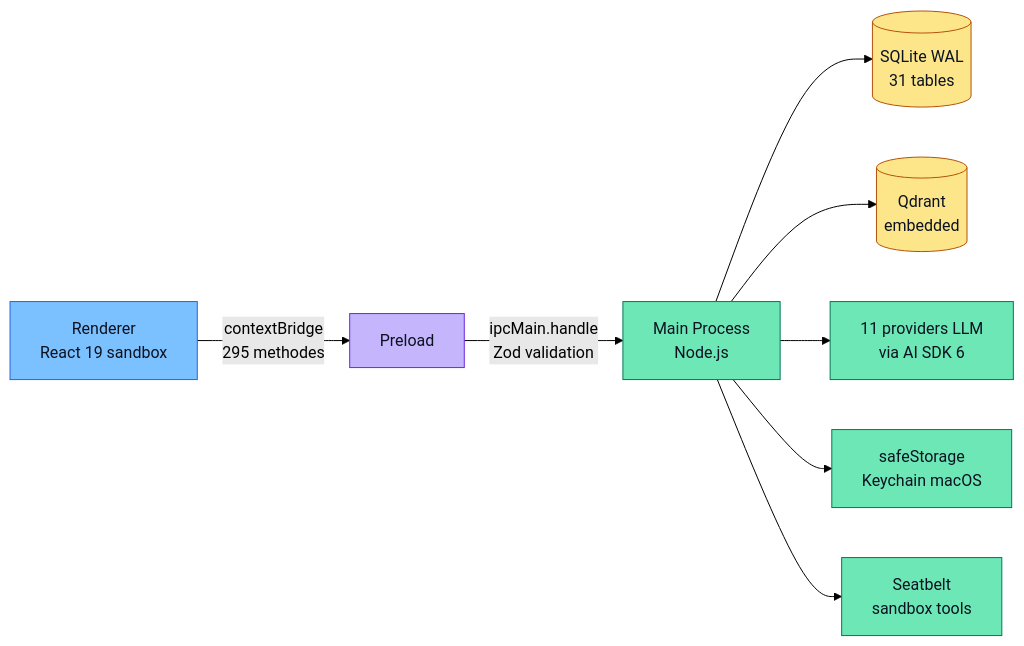
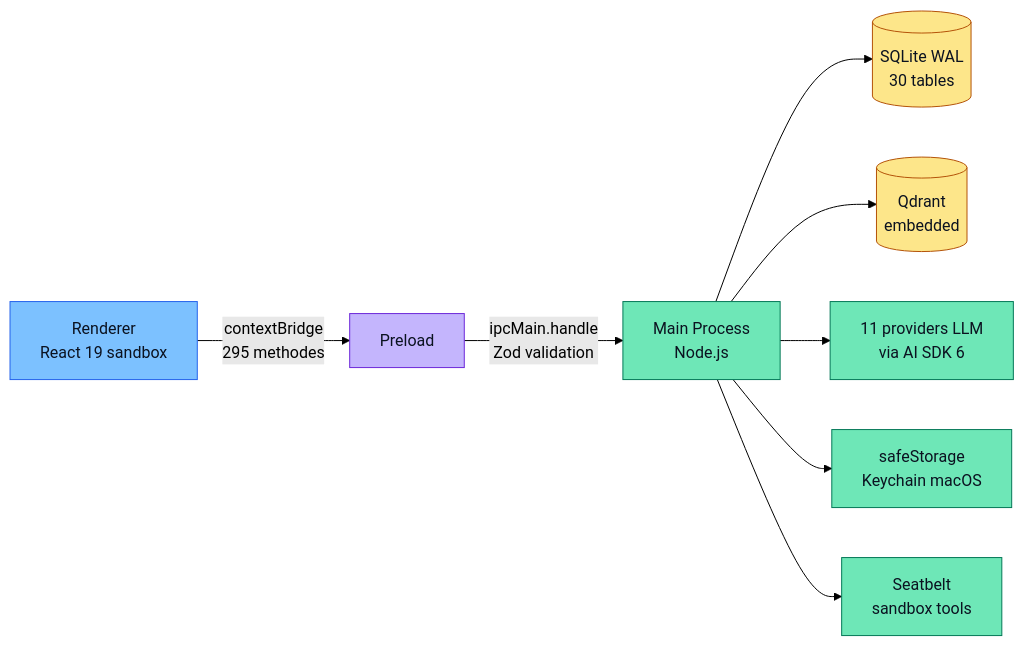
Before and after one commit to eRom/cruchot: the diagram in README.md, drawn with Mermaid (forest theme). The commit also changed other lines of this file, not shown here.

First line of the commit message:
docs(readme): fix tables count (31→30) and security score (97→98)

````diff
--- a/README.md
+++ b/README.md
@@ -167,20 +167,20 @@
 ```mermaid
 graph LR
   R[Renderer<br/>React 19 sandbox] -->|contextBridge<br/>295 methodes| P[Preload]
   P -->|ipcMain.handle<br/>Zod validation| M[Main Process<br/>Node.js]
-  M --> DB[(SQLite WAL<br/>31 tables)]
+  M --> DB[(SQLite WAL<br/>30 tables)]
   M --> Q[(Qdrant<br/>embedded)]
   M --> LLM[11 providers LLM<br/>via AI SDK 6]
   M --> SEC[safeStorage<br/>Keychain macOS]
   M --> SB[Seatbelt<br/>sandbox tools]
 
   classDef client fill:#7CC1FF,stroke:#2563EB,color:#0B1220
   classDef bridge fill:#C4B5FD,stroke:#6D28D9,color:#0B1220
   classDef server fill:#6EE7B7,stroke:#047857,color:#0B1220
   classDef storage fill:#FDE68A,stroke:#B45309,color:#0B1220
   class R client
   class P bridge
   class M server
   class DB,Q storage
   class LLM,SEC,SB server
 ```
````
